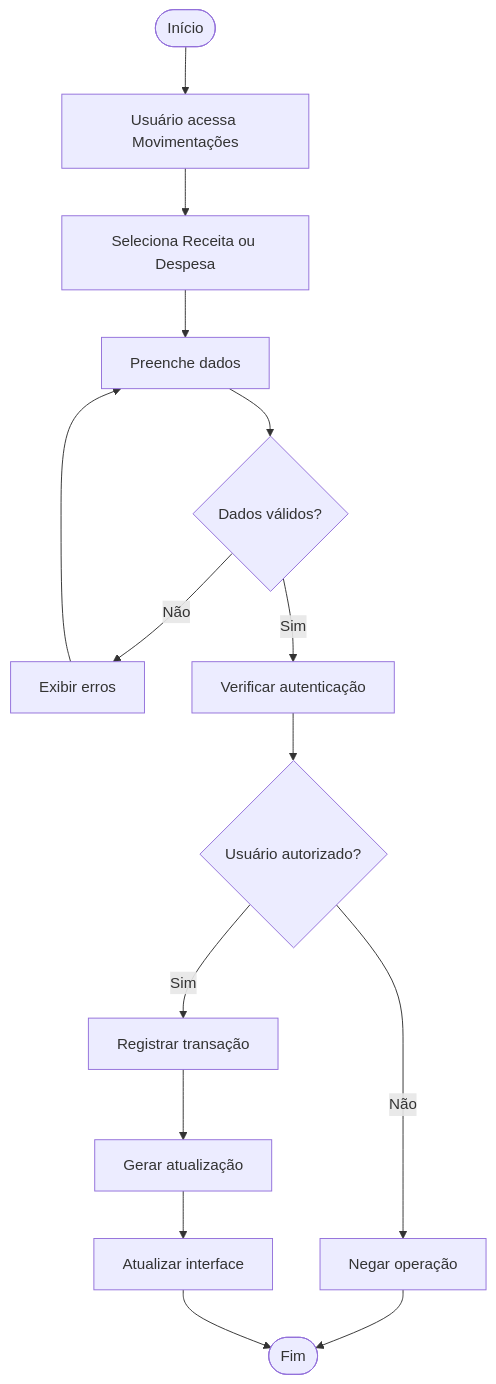
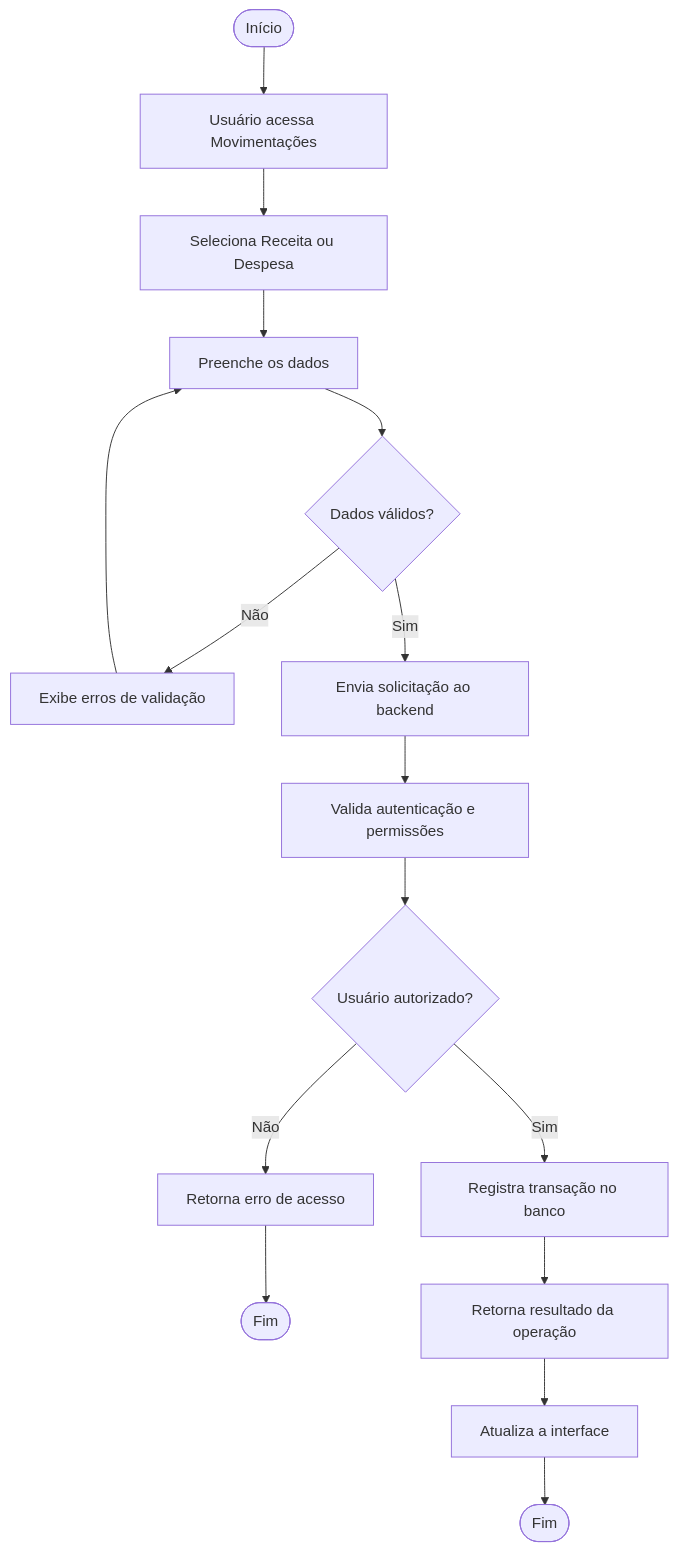
The fifth of 6 diagrams in docs/diagramas/uml.md (Rayck4dev/MetricsFlow_AI), drawn with Mermaid before and after one commit. The commit also changed other lines of this file and 14 other files, not shown here.

````diff
--- a/docs/diagramas/uml.md
+++ b/docs/diagramas/uml.md
@@ -204,36 +277,22 @@
 ```mermaid
 flowchart TD
+    A([Início]) --> B["Usuário acessa Movimentações"]
+    B --> C["Seleciona Receita ou Despesa"]
+    C --> D["Preenche os dados"]
+    D --> E{"Dados válidos?"}
 
-    A([Início])
-    B[Usuário acessa Movimentações]
-    C[Seleciona Receita ou Despesa]
-    D[Preenche dados]
-    E{Dados válidos?}
-    F[Exibir erros]
-    G[Verificar autenticação]
-    H{Usuário autorizado?}
-    I[Negar operação]
-    J[Registrar transação]
-    K[Gerar atualização]
-    L[Atualizar interface]
-    M([Fim])
-
-    A --> B
-    B --> C
-    C --> D
-    D --> E
-
-    E -->|Não| F
+    E -- "Não" --> F["Exibe erros de validação"]
     F --> D
 
-    E -->|Sim| G
-    G --> H
+    E -- "Sim" --> G["Envia solicitação ao backend"]
+    G --> H["Valida autenticação e permissões"]
+    H --> I{"Usuário autorizado?"}
 
-    H -->|Não| I
-    I --> M
+    I -- "Não" --> J["Retorna erro de acesso"]
+    J --> K([Fim])
 
-    H -->|Sim| J
-    J --> K
-    K --> L
-    L --> M
+    I -- "Sim" --> L["Registra transação no banco"]
+    L --> M["Retorna resultado da operação"]
+    M --> N["Atualiza a interface"]
+    N --> O([Fim])
 ```
````
